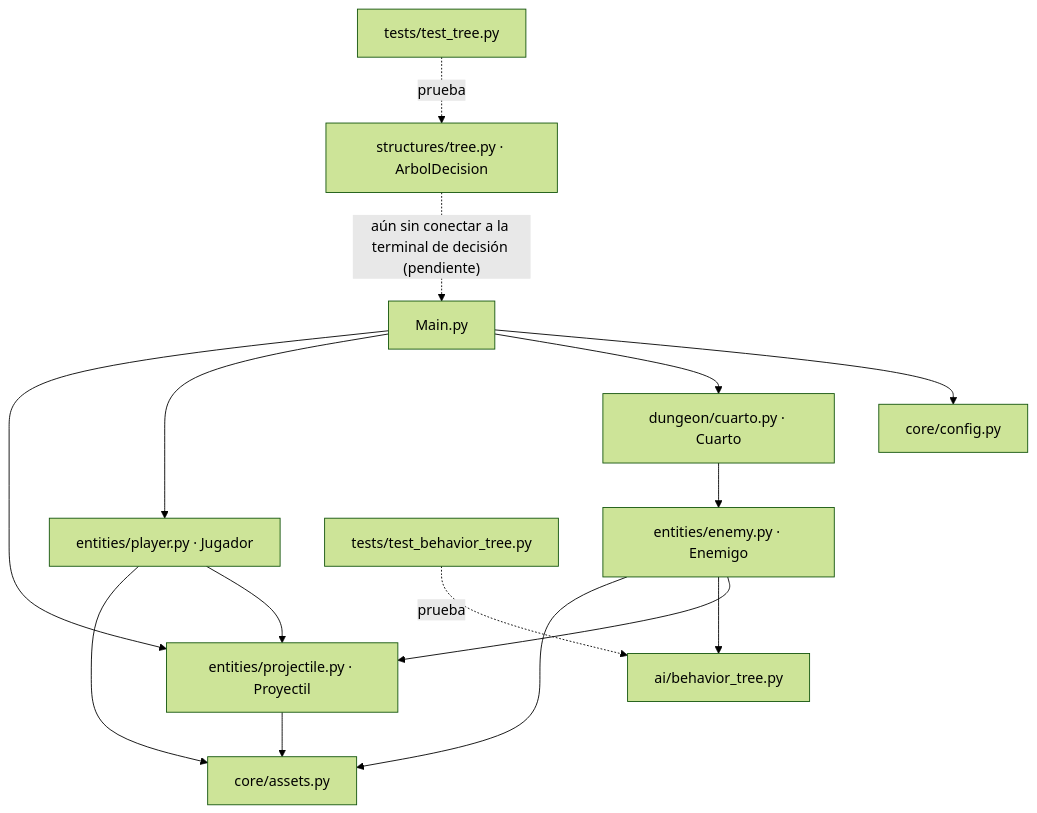
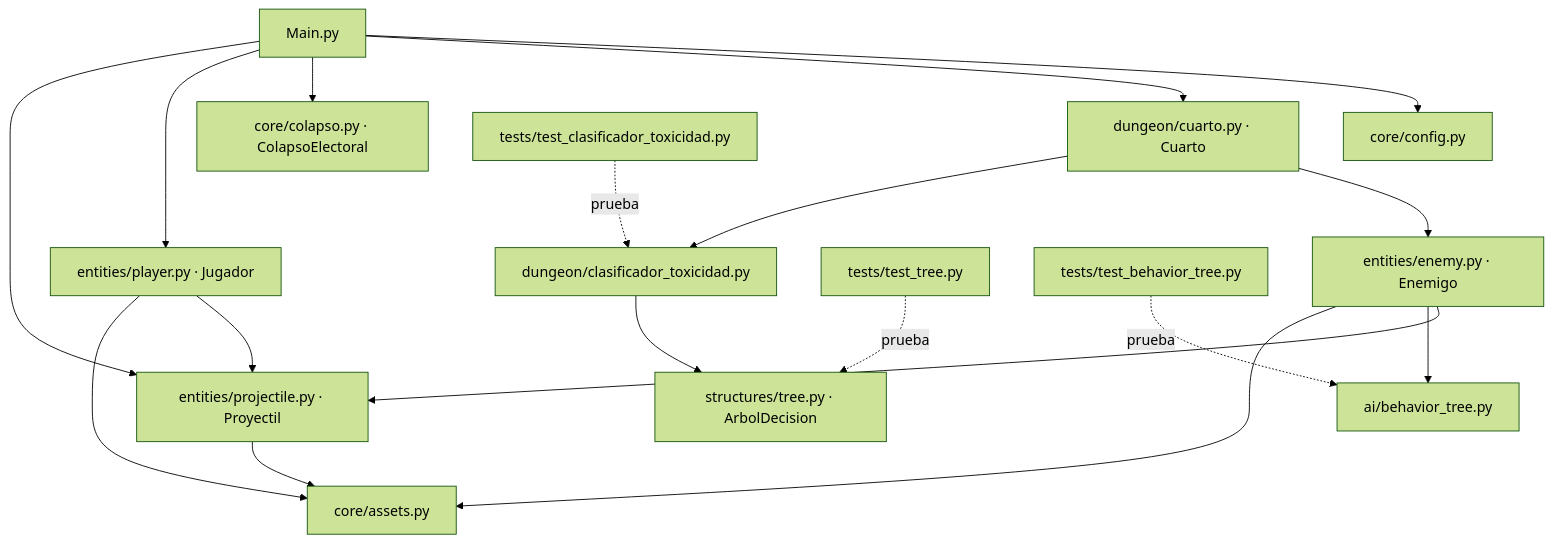
One commit to Franklin-Olivero/ProyectoFeria4to changed the diagram in docs/ARQUITECTURA.md. Above: the diagram before and after it, drawn with Mermaid (forest theme). The commit also changed other lines of this file and 9 other files, not shown here.

First line of the commit message:
Conectar arbol como clasificador de toxicidad y agregar colapso en pantalla

````diff
--- a/docs/ARQUITECTURA.md
+++ b/docs/ARQUITECTURA.md
@@ -212,23 +212,24 @@
 ```mermaid
 graph TD
     Main["Main.py"] --> Config["core/config.py"]
     Main --> Cuarto["dungeon/cuarto.py · Cuarto"]
+    Main --> Colapso["core/colapso.py · ColapsoElectoral"]
     Main --> Jugador["entities/player.py · Jugador"]
     Main --> ProyectilMod["entities/projectile.py · Proyectil"]
 
     Cuarto --> Enemigo["entities/enemy.py · Enemigo"]
+    Cuarto --> Clasificador["dungeon/clasificador_toxicidad.py"]
+    Clasificador --> ArbolDecision["structures/tree.py · ArbolDecision"]
 
     Jugador --> ProyectilMod
     Enemigo --> ProyectilMod
     Enemigo --> BehaviorTree["ai/behavior_tree.py"]
 
     Jugador --> Assets["core/assets.py"]
     Enemigo --> Assets
     ProyectilMod --> Assets
 
-    ArbolDecision["structures/tree.py · ArbolDecision"]
     TestsArbol["tests/test_tree.py"] -.prueba.-> ArbolDecision
     TestsBT["tests/test_behavior_tree.py"] -.prueba.-> BehaviorTree
-
-    ArbolDecision -. "aún sin conectar a la terminal de decisión (pendiente)" .-> Main
+    TestsClasif["tests/test_clasificador_toxicidad.py"] -.prueba.-> Clasificador
 ```
````
